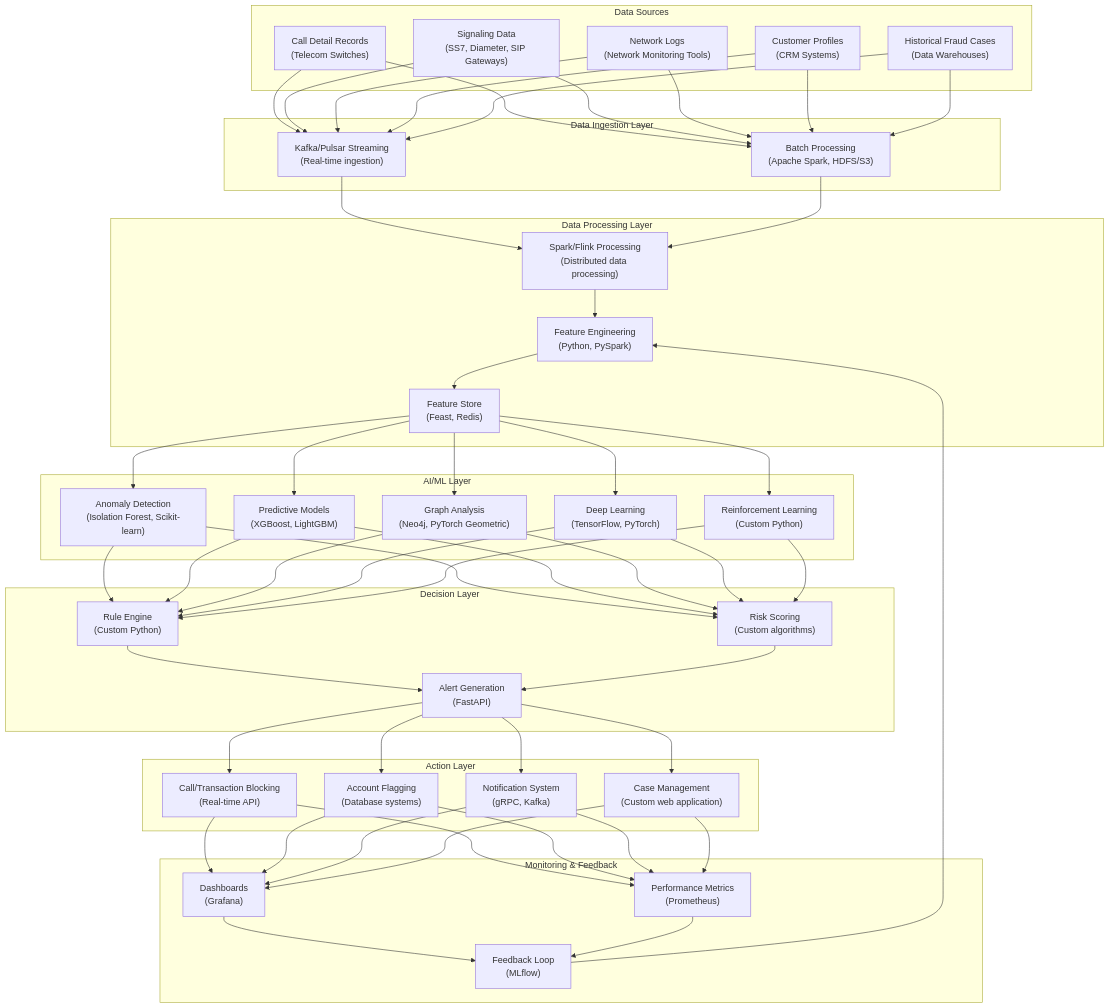
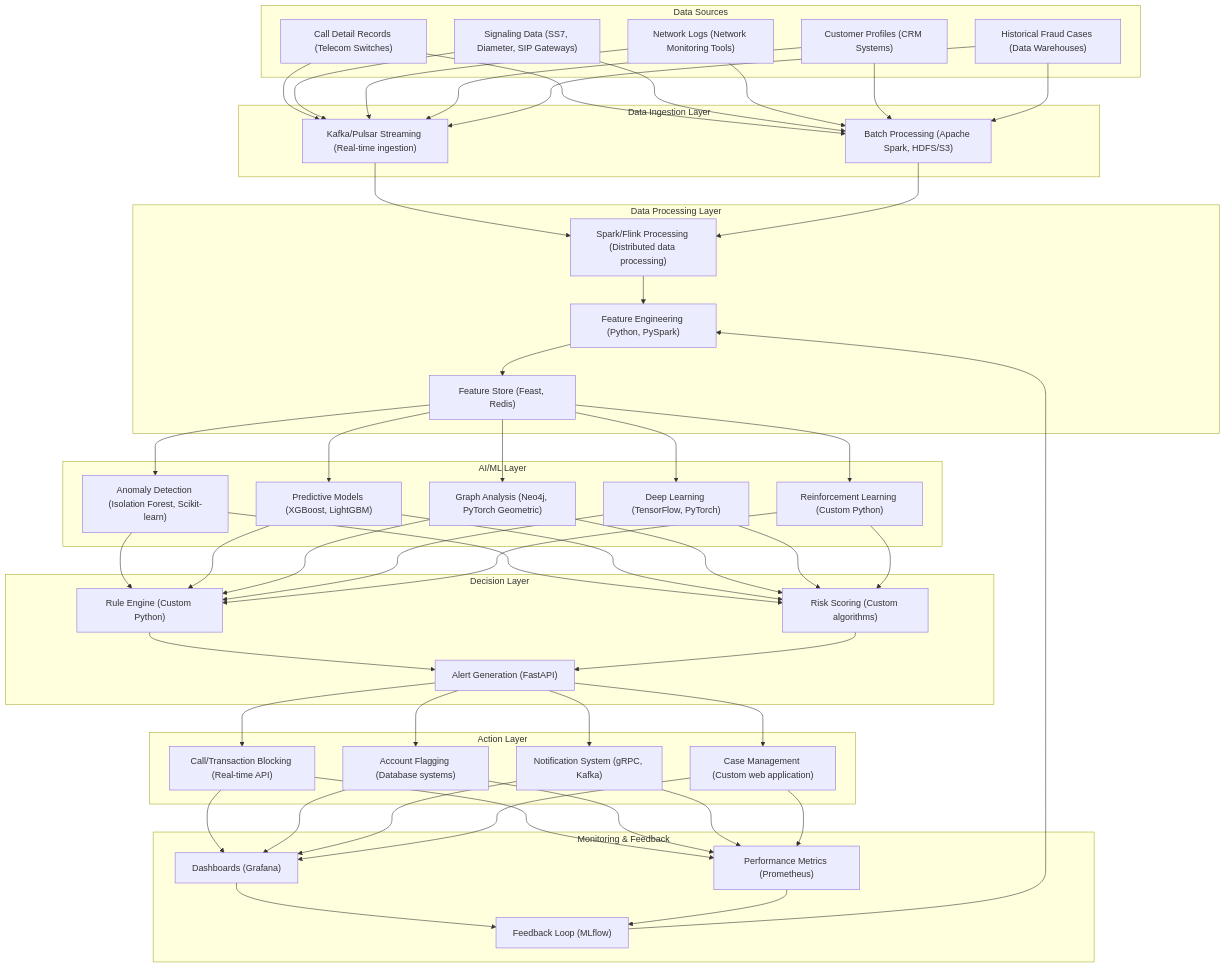
One commit to tpattivo/AI-agent-telco-fraud changed the diagram in .kilocode/rules/memory-bank/charts/system_architecture_with_tech.md. Above: the diagram before and after it, drawn with Mermaid.

````diff
--- a/.kilocode/rules/memory-bank/charts/system_architecture_with_tech.md
+++ b/.kilocode/rules/memory-bank/charts/system_architecture_with_tech.md
@@ -5,60 +5,60 @@
 ```mermaid
 flowchart TD
     subgraph "Data Sources"
-        CDR["Call Detail Records\n(Telecom Switches)"]
-        SIG["Signaling Data\n(SS7, Diameter, SIP Gateways)"]
-        NET["Network Logs\n(Network Monitoring Tools)"]
-        CUST["Customer Profiles\n(CRM Systems)"]
-        HIST["Historical Fraud Cases\n(Data Warehouses)"]
+        CDR["Call Detail Records (Telecom Switches)"]
+        SIG["Signaling Data (SS7, Diameter, SIP Gateways)"]
+        NET["Network Logs (Network Monitoring Tools)"]
+        CUST["Customer Profiles (CRM Systems)"]
+        HIST["Historical Fraud Cases (Data Warehouses)"]
     end
 
     subgraph "Data Ingestion Layer"
-        KAFKA["Kafka/Pulsar Streaming\n(Real-time ingestion)"]
-        BATCH["Batch Processing\n(Apache Spark, HDFS/S3)"]
+        KAFKA["Kafka/Pulsar Streaming (Real-time ingestion)"]
+        BATCH["Batch Processing (Apache Spark, HDFS/S3)"]
     end
 
     subgraph "Data Processing Layer"
-        SPARK["Spark/Flink Processing\n(Distributed data processing)"]
-        FEAT["Feature Engineering\n(Python, PySpark)"]
-        STORE["Feature Store\n(Feast, Redis)"]
+        SPARK["Spark/Flink Processing (Distributed data processing)"]
+        FEAT["Feature Engineering (Python, PySpark)"]
+        STORE["Feature Store (Feast, Redis)"]
     end
 
     subgraph "AI/ML Layer"
-        ANOM["Anomaly Detection\n(Isolation Forest, Scikit-learn)"]
-        PRED["Predictive Models\n(XGBoost, LightGBM)"]
-        GRAPH["Graph Analysis\n(Neo4j, PyTorch Geometric)"]
-        DL["Deep Learning\n(TensorFlow, PyTorch)"]
-        RL["Reinforcement Learning\n(Custom Python)"]
+        ANOM["Anomaly Detection (Isolation Forest, Scikit-learn)"]
+        PRED["Predictive Models (XGBoost, LightGBM)"]
+        GRAPH["Graph Analysis (Neo4j, PyTorch Geometric)"]
+        DL["Deep Learning (TensorFlow, PyTorch)"]
+        RL["Reinforcement Learning (Custom Python)"]
     end
 
     subgraph "Decision Layer"
-        RULES["Rule Engine\n(Custom Python)"]
-        SCORE["Risk Scoring\n(Custom algorithms)"]
-        ALERT["Alert Generation\n(FastAPI)"]
+        RULES["Rule Engine (Custom Python)"]
+        SCORE["Risk Scoring (Custom algorithms)"]
+        ALERT["Alert Generation (FastAPI)"]
     end
 
     subgraph "Action Layer"
-        BLOCK["Call/Transaction Blocking\n(Real-time API)"]
-        FLAG["Account Flagging\n(Database systems)"]
-        NOTIFY["Notification System\n(gRPC, Kafka)"]
-        CASE["Case Management\n(Custom web application)"]
+        BLOCK["Call/Transaction Blocking (Real-time API)"]
+        FLAG["Account Flagging (Database systems)"]
+        NOTIFY["Notification System (gRPC, Kafka)"]
+        CASE["Case Management (Custom web application)"]
     end
 
     subgraph "Monitoring & Feedback"
-        DASH["Dashboards\n(Grafana)"]
-        METRICS["Performance Metrics\n(Prometheus)"]
-        FEEDBACK["Feedback Loop\n(MLflow)"]
+        DASH["Dashboards (Grafana)"]
+        METRICS["Performance Metrics (Prometheus)"]
+        FEEDBACK["Feedback Loop (MLflow)"]
     end
 
     CDR & SIG & NET & CUST & HIST --> KAFKA & BATCH
     KAFKA & BATCH --> SPARK
     SPARK --> FEAT
     FEAT --> STORE
     STORE --> ANOM & PRED & GRAPH & DL & RL
     ANOM & PRED & GRAPH & DL & RL --> RULES & SCORE
     RULES & SCORE --> ALERT
     ALERT --> BLOCK & FLAG & NOTIFY & CASE
     BLOCK & FLAG & NOTIFY & CASE --> DASH & METRICS
     DASH & METRICS --> FEEDBACK
     FEEDBACK --> FEAT
 ```
````
